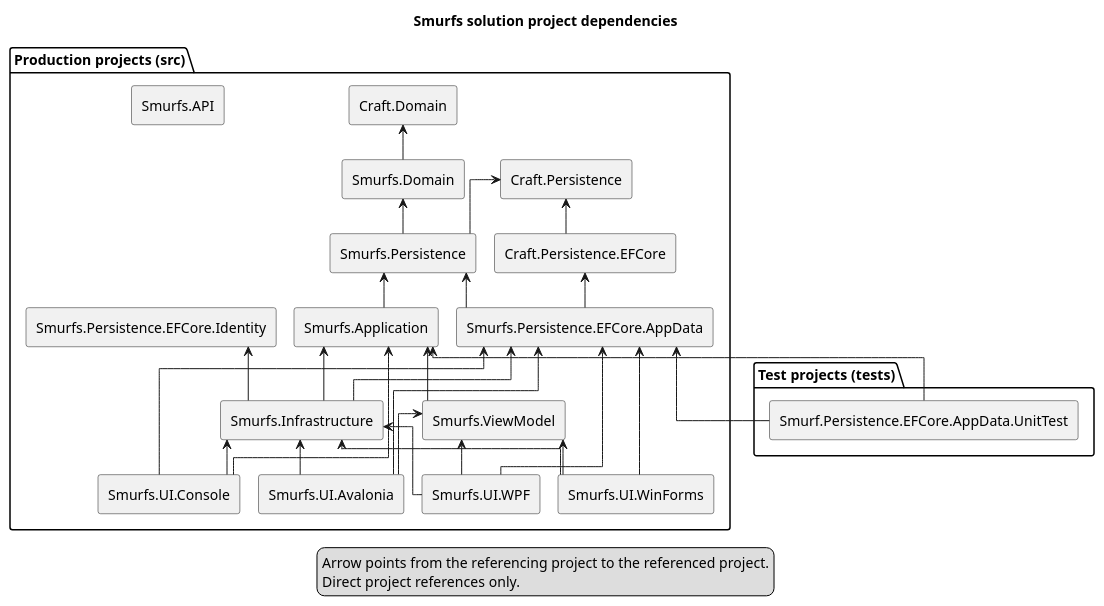
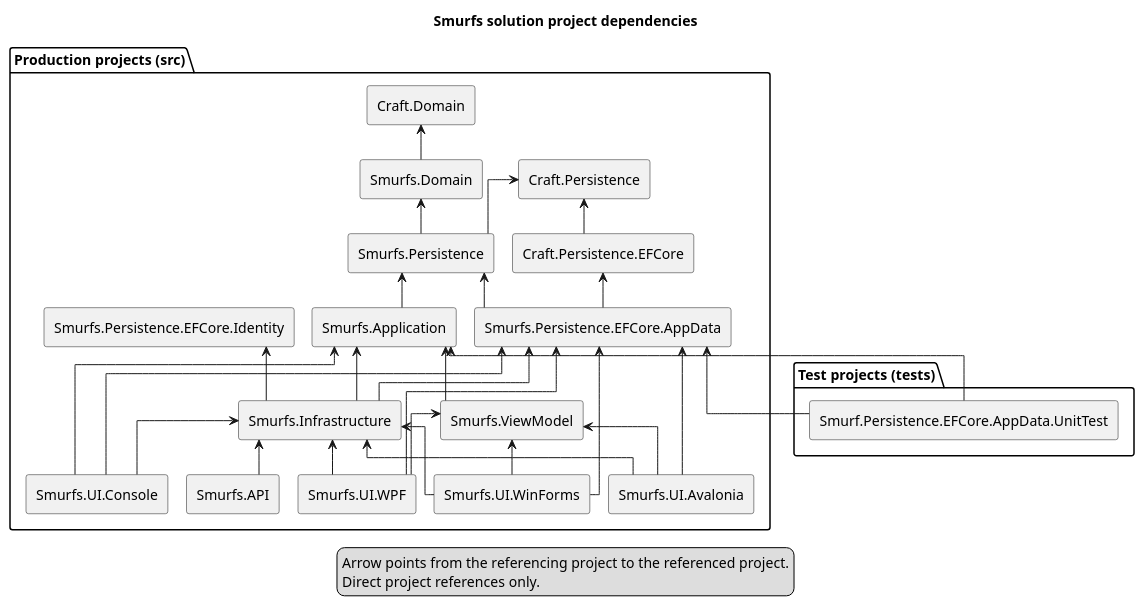
The diagram in docs/structural/diagrams/project-dependencies.puml (EbbeMeloSorensen/Smurfs), drawn with PlantUML before and after one commit. The commit also changed 11 other files, not shown here.

```diff
--- a/docs/structural/diagrams/project-dependencies.puml
+++ b/docs/structural/diagrams/project-dependencies.puml
@@ -1,61 +1,62 @@
 @startuml
 title Smurfs solution project dependencies
 ' Keep nodes and arrows aligned with Smurfs.sln and direct ProjectReference items.
 skinparam componentStyle rectangle
 skinparam linetype ortho
 skinparam nodesep 18
 skinparam ranksep 35
 
 package "Production projects (src)" {
   component "Craft.Domain" as Craft_Domain
   component "Craft.Persistence" as Craft_Persistence
   component "Craft.Persistence.EFCore" as Craft_Persistence_EFCore
   component "Smurfs.API" as Smurfs_API
   component "Smurfs.Application" as Smurfs_Application
   component "Smurfs.Domain" as Smurfs_Domain
   component "Smurfs.Infrastructure" as Smurfs_Infrastructure
   component "Smurfs.Persistence" as Smurfs_Persistence
   component "Smurfs.Persistence.EFCore.AppData" as Smurfs_Persistence_EFCore_AppData
   component "Smurfs.Persistence.EFCore.Identity" as Smurfs_Persistence_EFCore_Identity
   component "Smurfs.UI.Avalonia" as Smurfs_UI_Avalonia
   component "Smurfs.UI.Console" as Smurfs_UI_Console
   component "Smurfs.UI.WinForms" as Smurfs_UI_WinForms
   component "Smurfs.UI.WPF" as Smurfs_UI_WPF
   component "Smurfs.ViewModel" as Smurfs_ViewModel
 }
 
 package "Test projects (tests)" {
   component "Smurf.Persistence.EFCore.AppData.UnitTest" as Smurf_Persistence_EFCore_AppData_UnitTest
 }
 
 Craft_Persistence_EFCore -up-> Craft_Persistence
+Smurfs_API -up-> Smurfs_Infrastructure
 Smurfs_Application -up-> Smurfs_Persistence
 Smurfs_Domain -up-> Craft_Domain
 Smurfs_Infrastructure -up-> Smurfs_Application
 Smurfs_Infrastructure -up-> Smurfs_Persistence_EFCore_AppData
 Smurfs_Infrastructure -up-> Smurfs_Persistence_EFCore_Identity
 Smurfs_Persistence -up-> Craft_Persistence
 Smurfs_Persistence -up-> Smurfs_Domain
 Smurfs_Persistence_EFCore_AppData -up-> Craft_Persistence_EFCore
 Smurfs_Persistence_EFCore_AppData -up-> Smurfs_Persistence
 Smurfs_UI_Avalonia -up-> Smurfs_Infrastructure
 Smurfs_UI_Avalonia -up-> Smurfs_Persistence_EFCore_AppData
 Smurfs_UI_Avalonia -up-> Smurfs_ViewModel
 Smurfs_UI_Console -up-> Smurfs_Application
 Smurfs_UI_Console -up-> Smurfs_Infrastructure
 Smurfs_UI_Console -up-> Smurfs_Persistence_EFCore_AppData
 Smurfs_UI_WinForms -up-> Smurfs_Infrastructure
 Smurfs_UI_WinForms -up-> Smurfs_Persistence_EFCore_AppData
 Smurfs_UI_WinForms -up-> Smurfs_ViewModel
 Smurfs_UI_WPF -up-> Smurfs_Infrastructure
 Smurfs_UI_WPF -up-> Smurfs_Persistence_EFCore_AppData
 Smurfs_UI_WPF -up-> Smurfs_ViewModel
 Smurfs_ViewModel -up-> Smurfs_Application
 Smurf_Persistence_EFCore_AppData_UnitTest -up-> Smurfs_Application
 Smurf_Persistence_EFCore_AppData_UnitTest -up-> Smurfs_Persistence_EFCore_AppData
 
 legend bottom
   Arrow points from the referencing project to the referenced project.
   Direct project references only.
 endlegend
 @enduml
```
